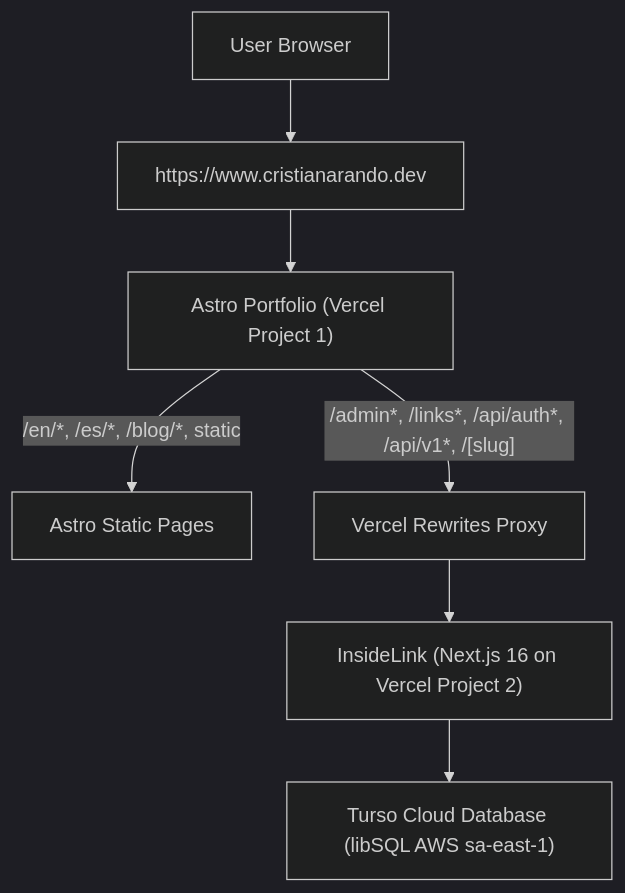
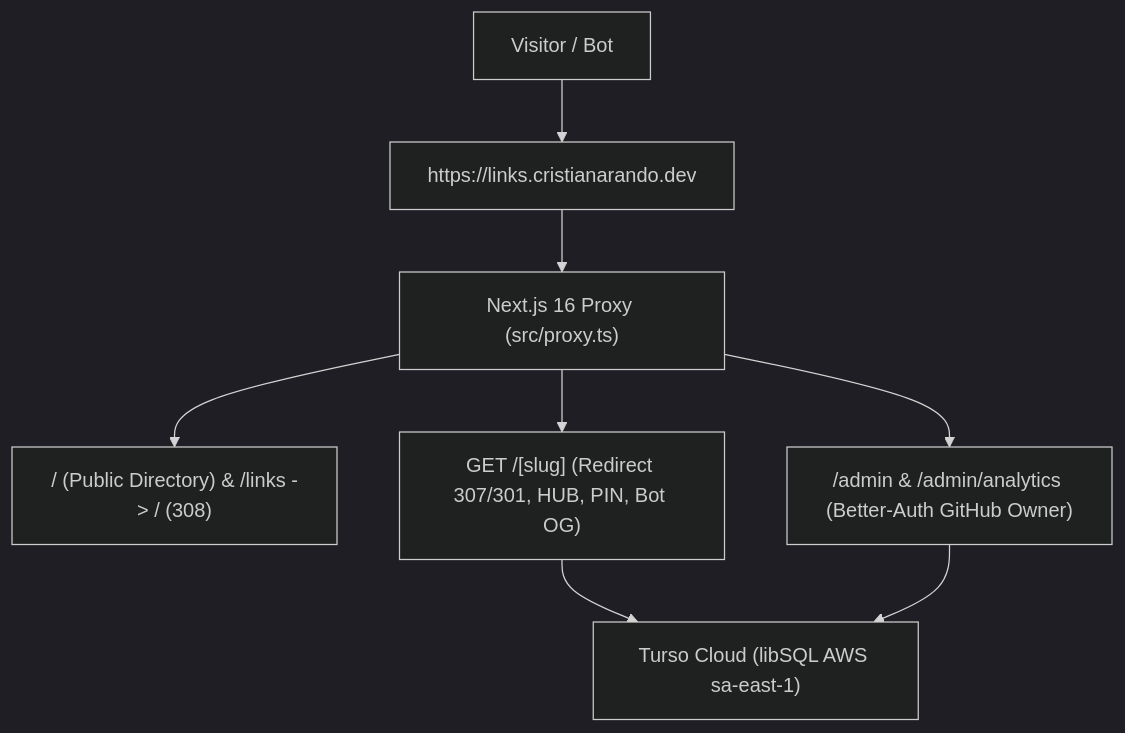
The diagram in README.md (cristianarando/inside-link), drawn with Mermaid (dark theme) before and after one commit. The commit also changed other lines of this file, not shown here.

Commit message:
docs: update README for standalone links.cristianarando.dev, Next.js 16 proxy, and Pro features

````diff
--- a/README.md
+++ b/README.md
@@ -161,11 +183,10 @@
 ```mermaid
 flowchart TD
-    User["User Browser"] --> Domain["https://www.cristianarando.dev"]
-    Domain --> Portfolio["Astro Portfolio (Vercel Project 1)"]
-    
-    Portfolio -->|"/en/*, /es/*, /blog/*, static"| AstroStatic["Astro Static Pages"]
-    Portfolio -->|"/admin*, /links*, /api/auth*, /api/v1*, /[slug]"| ReverseProxy["Vercel Rewrites Proxy"]
-    
-    ReverseProxy --> InsideLink["InsideLink (Next.js 16 on Vercel Project 2)"]
-    InsideLink --> TursoDB["Turso Cloud Database (libSQL AWS sa-east-1)"]
+    Visitor["Visitor / Bot"] --> Domain["https://links.cristianarando.dev"]
+    Domain --> Proxy["Next.js 16 Proxy (src/proxy.ts)"]
+    Proxy --> PublicDir["/ (Public Directory) & /links -> / (308)"]
+    Proxy --> Resolver["GET /[slug] (Redirect 307/301, HUB, PIN, Bot OG)"]
+    Proxy --> Admin["/admin & /admin/analytics (Better-Auth GitHub Owner)"]
+    Resolver --> TursoDB["Turso Cloud (libSQL AWS sa-east-1)"]
+    Admin --> TursoDB
 ```
````
